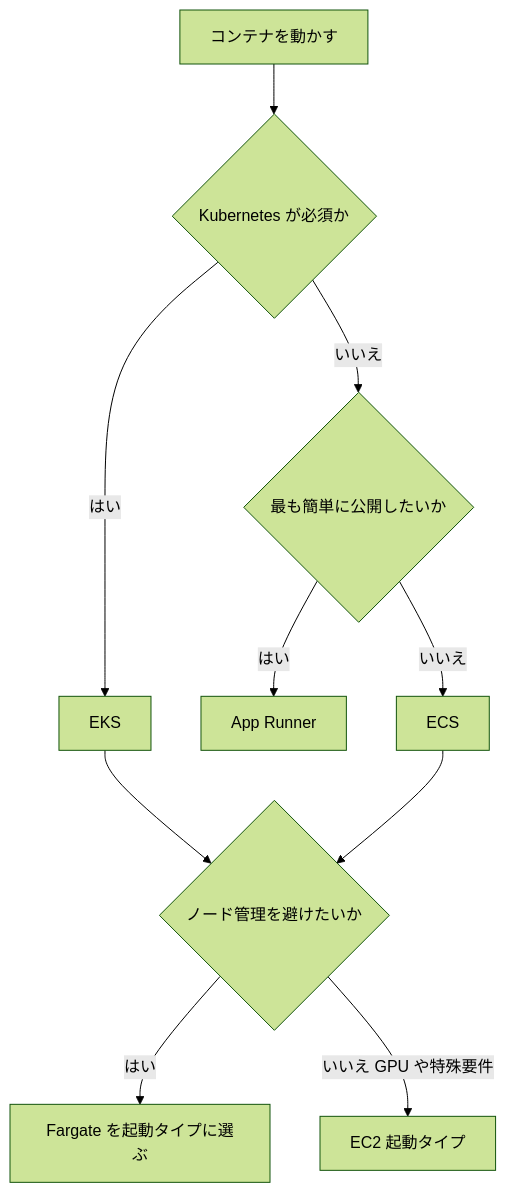
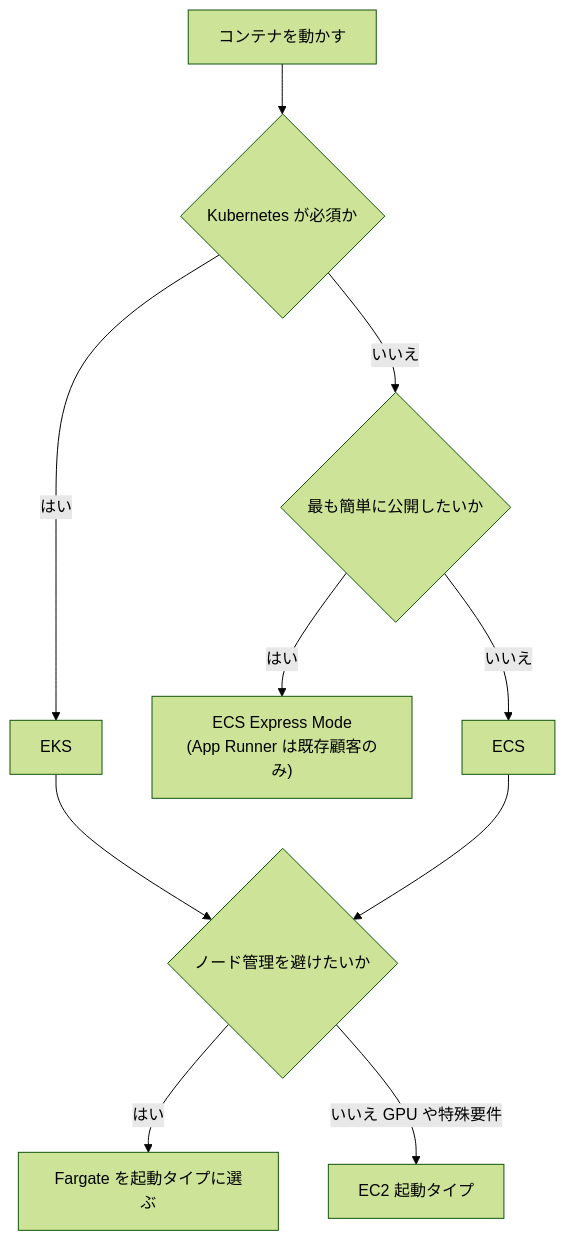
Before and after one commit to myoshi2891/Cloud-Infrastructure-and-Network-Studies: diagram 11 of 16 in Sap-c02-domain4-migration-modernization-guide.md, drawn with Mermaid (forest theme). The commit also changed other lines of this file and 2 other files, not shown here.

Commit message:
docs(sap-c02): refine S3 CRR, DynamoDB encryption, and App Runner updates in domains 2, 3, 4

````diff
--- a/Sap-c02-domain4-migration-modernization-guide.md
+++ b/Sap-c02-domain4-migration-modernization-guide.md
@@ -652,12 +652,12 @@
 ```mermaid
 flowchart TD
   S["コンテナを動かす"] --> Q1{"Kubernetes が必須か"}
   Q1 -->|"はい"| EKS["EKS"]
   Q1 -->|"いいえ"| Q2{"最も簡単に公開したいか"}
-  Q2 -->|"はい"| AR["App Runner"]
+  Q2 -->|"はい"| AR["ECS Express Mode<br/>(App Runner は既存顧客のみ)"]
   Q2 -->|"いいえ"| ECS["ECS"]
   EKS --> Q3{"ノード管理を避けたいか"}
   ECS --> Q3
   Q3 -->|"はい"| FG["Fargate を起動タイプに選ぶ"]
   Q3 -->|"いいえ GPU や特殊要件"| EC2N["EC2 起動タイプ"]
 ```
````
